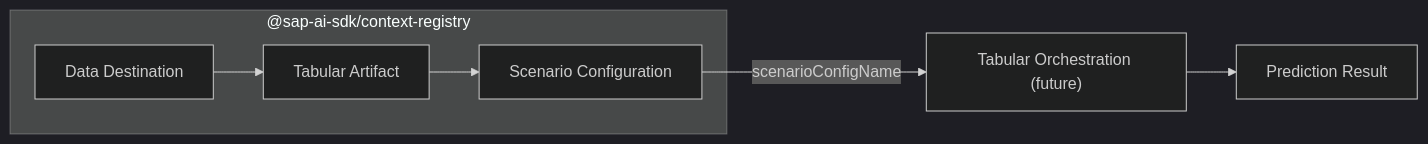
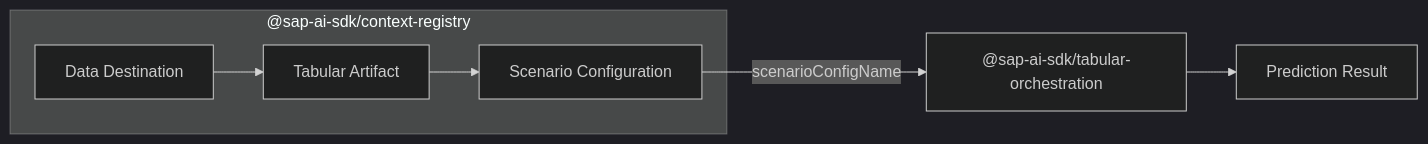
One commit to SAP/ai-sdk changed the diagram in docs-js/tabular-ai/context-registry.mdx. Above: the diagram before and after it, drawn with Mermaid (dark theme). The commit also changed other lines of this file and 3 other files, not shown here.

Commit message:
chore: [js] document tabular-orchestration package

````diff
--- a/docs-js/tabular-ai/context-registry.mdx
+++ b/docs-js/tabular-ai/context-registry.mdx
@@ -31,8 +32,8 @@
 ```mermaid
 flowchart LR
     subgraph ctx ["@sap-ai-sdk/context-registry"]
         DD[Data Destination] --> TA[Tabular Artifact] --> SC[Scenario Configuration]
     end
-    SC -- scenarioConfigName --> TO["Tabular Orchestration (future)"]
+    SC -- scenarioConfigName --> TO["@sap-ai-sdk/tabular-orchestration"]
     TO --> R[Prediction Result]
 ```
````
